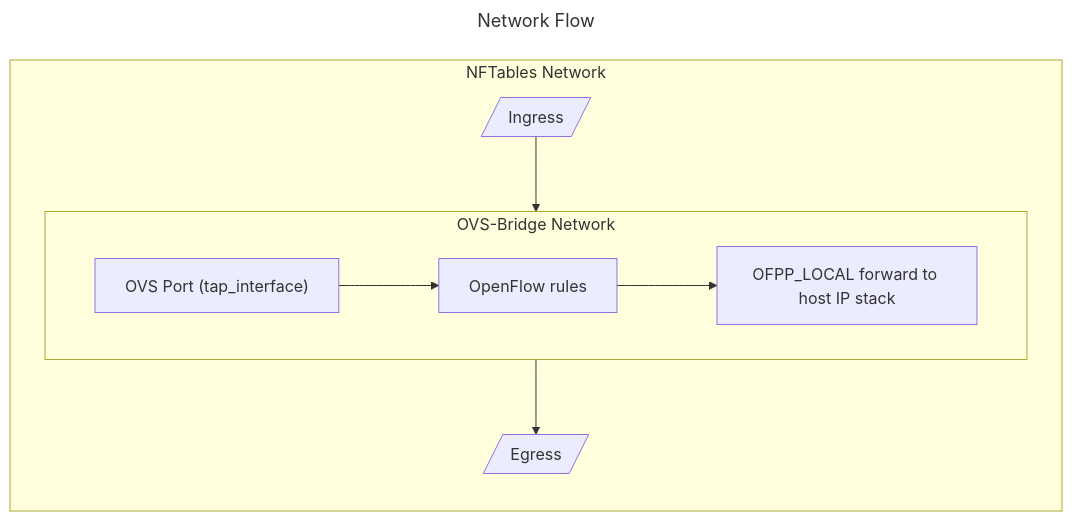
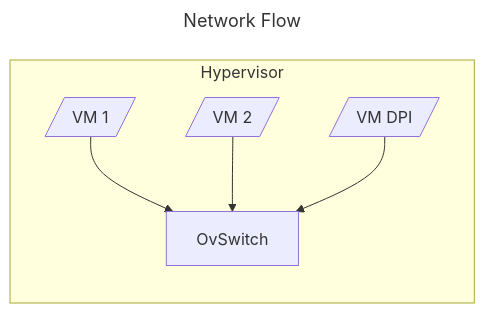
The diagram in Antispam System/README.md (Zai4ikManiak/Cyber-Security-Study), drawn with Mermaid before and after one commit.

Commit message:
modified:   README.md

````diff
--- a/Antispam System/README.md
+++ b/Antispam System/README.md
@@ -3,22 +3,16 @@
 ```mermaid
 ---
 title: Network Flow
 ---
 flowchart LR
     
-    subgraph firewall["NFTables Network"]
-        ingress["Ingress"]@{ shape: lean-r }
-
-        subgraph libvirt["OVS-Bridge Network"]
-            ovs-port["OVS Port (tap_interface)"]
-            ovs-eval["OpenFlow rules"]
-            ovs-forward["OFPP_LOCAL forward to host IP stack"]
-    
-            ovs-port --> ovs-eval --> ovs-forward
-        end
-
-        egress["Egress"]@{ shape: lean-r}
-
-        ingress --> libvirt --> egress
+    subgraph hyper["Hypervisor"]
+        vm_1["VM 1"]@{ shape: lean-r }
+        vm_2["VM 2"]@{ shape: lean-r }
+        vm_DPI["VM DPI"]@{ shape: lean-r }
+        
+        vm_1 --> ovs["OvSwitch"]
+        vm_2 --> ovs
+        vm_DPI --> ovs
     end
 ```
````
